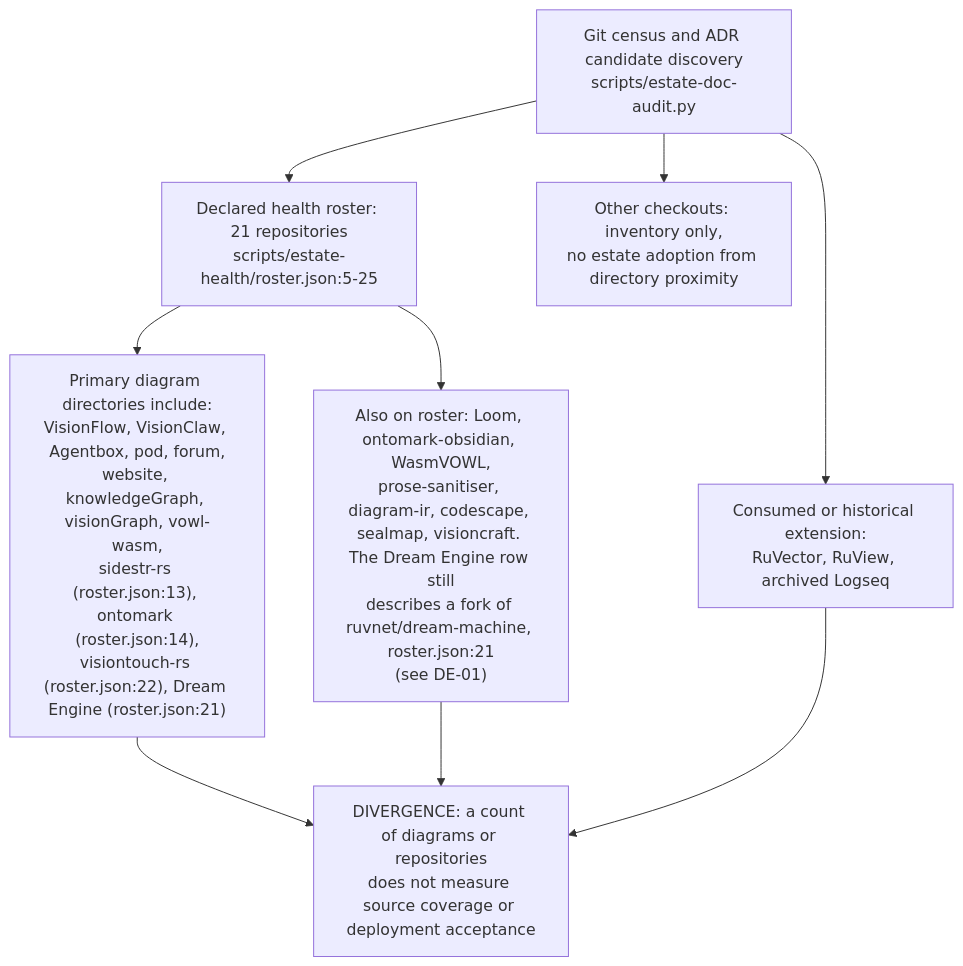
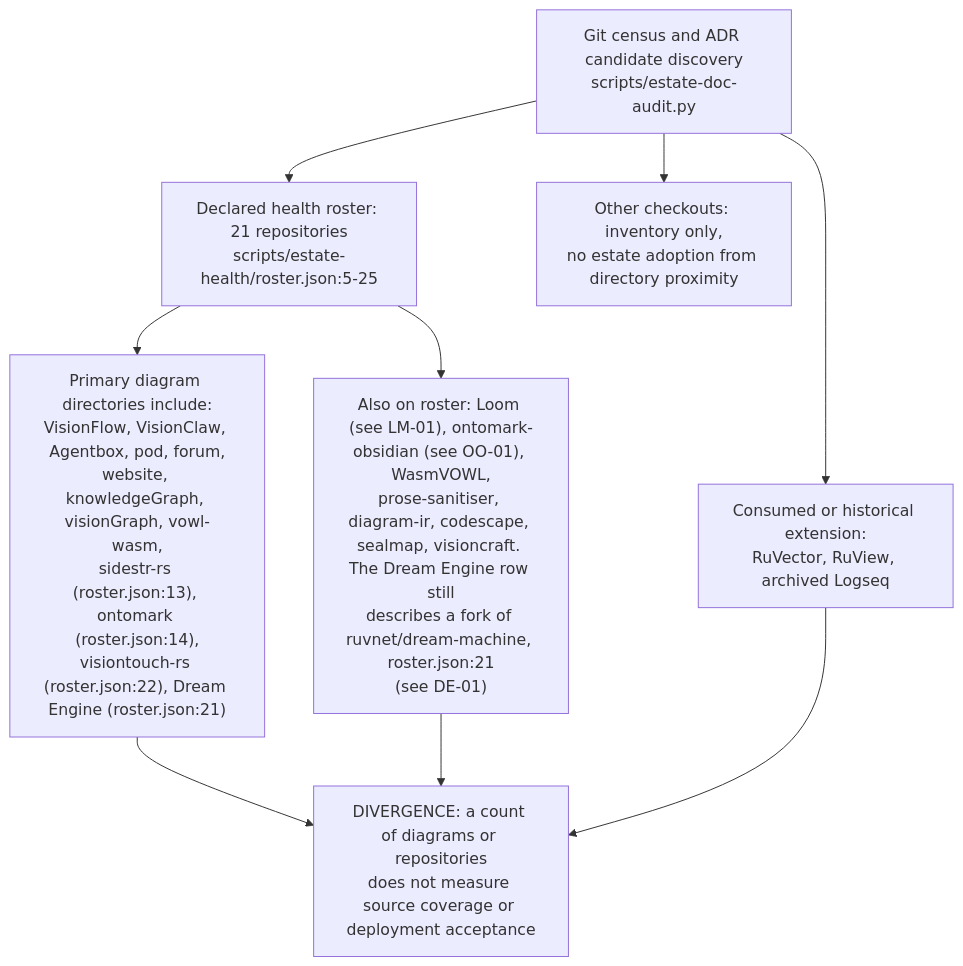
Before and after one commit to DreamLab-AI/VisionFlow: the first of 5 diagrams in docs/diagrams/estate/90-evidence-and-supporting-repositories.md, drawn with Mermaid. The commit also changed 5 other files, not shown here.

First line of the commit message:
diagrams: integrate the 2026-11-23 estate consolidation; regenerate indexes

````diff
--- a/docs/diagrams/estate/90-evidence-and-supporting-repositories.md
+++ b/docs/diagrams/estate/90-evidence-and-supporting-repositories.md
@@ -36,11 +36,11 @@
 ```mermaid
 flowchart TB
     R["Declared health roster: 21 repositories<br/>scripts/estate-health/roster.json:5-25"] --> P["Primary diagram directories include:<br/>VisionFlow, VisionClaw, Agentbox, pod, forum,<br/>website, knowledgeGraph, visionGraph, vowl-wasm,<br/>sidestr-rs (roster.json:13), ontomark (roster.json:14),<br/>visiontouch-rs (roster.json:22), Dream Engine (roster.json:21)"]
-    R --> S["Also on roster: Loom, ontomark-obsidian, WasmVOWL,<br/>prose-sanitiser, diagram-ir, codescape, sealmap, visioncraft. The Dream Engine row still<br/>describes a fork of ruvnet/dream-machine, roster.json:21<br/>(see DE-01)"]
+    R --> S["Also on roster: Loom (see LM-01), ontomark-obsidian (see OO-01), WasmVOWL,<br/>prose-sanitiser, diagram-ir, codescape, sealmap, visioncraft. The Dream Engine row still<br/>describes a fork of ruvnet/dream-machine, roster.json:21<br/>(see DE-01)"]
     C["Git census and ADR candidate discovery<br/>scripts/estate-doc-audit.py"] --> R
     C --> D["Consumed or historical extension:<br/>RuVector, RuView, archived Logseq"]
     C --> N["Other checkouts: inventory only,<br/>no estate adoption from directory proximity"]
     P --> E["DIVERGENCE: a count of diagrams or repositories<br/>does not measure source coverage or deployment acceptance"]
     S --> E
     D --> E
 ```
````
